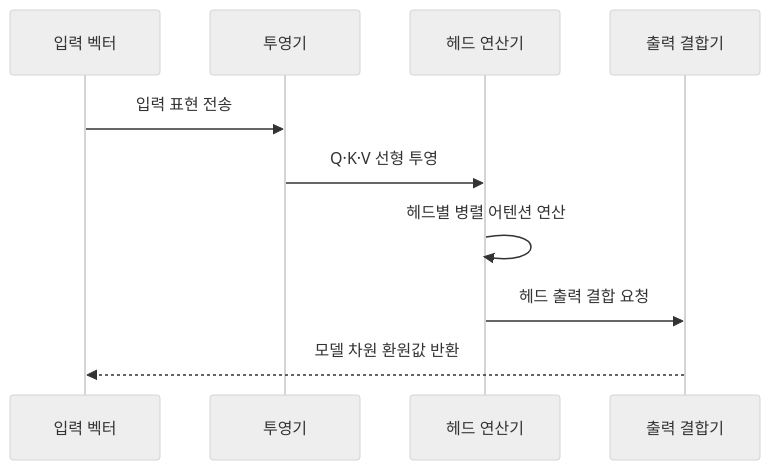
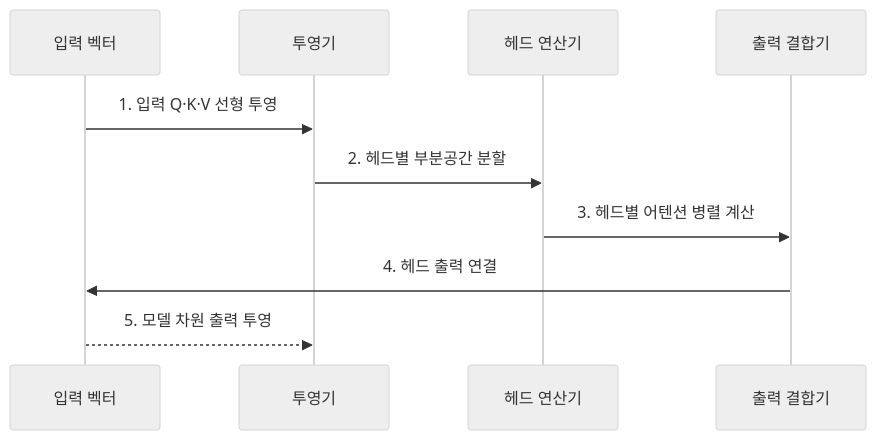
The second of 2 diagrams in src/content/docs/notes/08-latest-tech/030_multi_head_attention.md (agnusdei1207/knowledge-base), drawn with Mermaid (neutral theme) before and after one commit. The commit also changed other lines of this file and 26 other files, not shown here.

````diff
--- a/src/content/docs/notes/08-latest-tech/030_multi_head_attention.md
+++ b/src/content/docs/notes/08-latest-tech/030_multi_head_attention.md
@@ -77,12 +74,12 @@
 ```mermaid
 sequenceDiagram
     participant I as 입력 벡터
     participant P as 투영기
     participant H as 헤드 연산기
     participant C as 출력 결합기
-    I->>P: 입력 표현 전송
-    P->>H: Q·K·V 선형 투영
-    H->>H: 헤드별 병렬 어텐션 연산
-    H->>C: 헤드 출력 결합 요청
-    C-->>I: 모델 차원 환원값 반환
+    I->>P: 1. 입력 Q·K·V 선형 투영
+    P->>H: 2. 헤드별 부분공간 분할
+    H->>C: 3. 헤드별 어텐션 병렬 계산
+    C->>I: 4. 헤드 출력 연결
+    I-->>P: 5. 모델 차원 출력 투영
 ```
````
